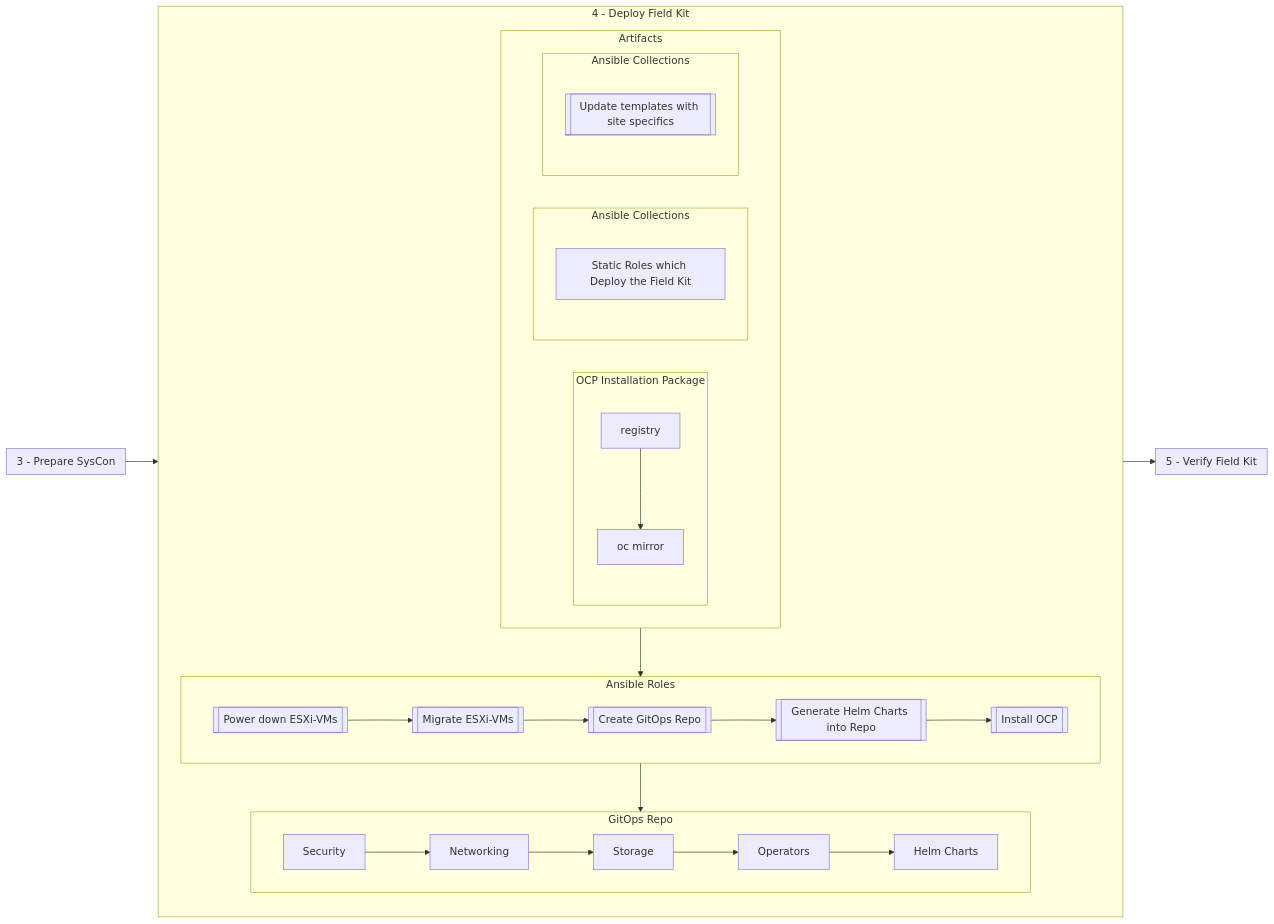
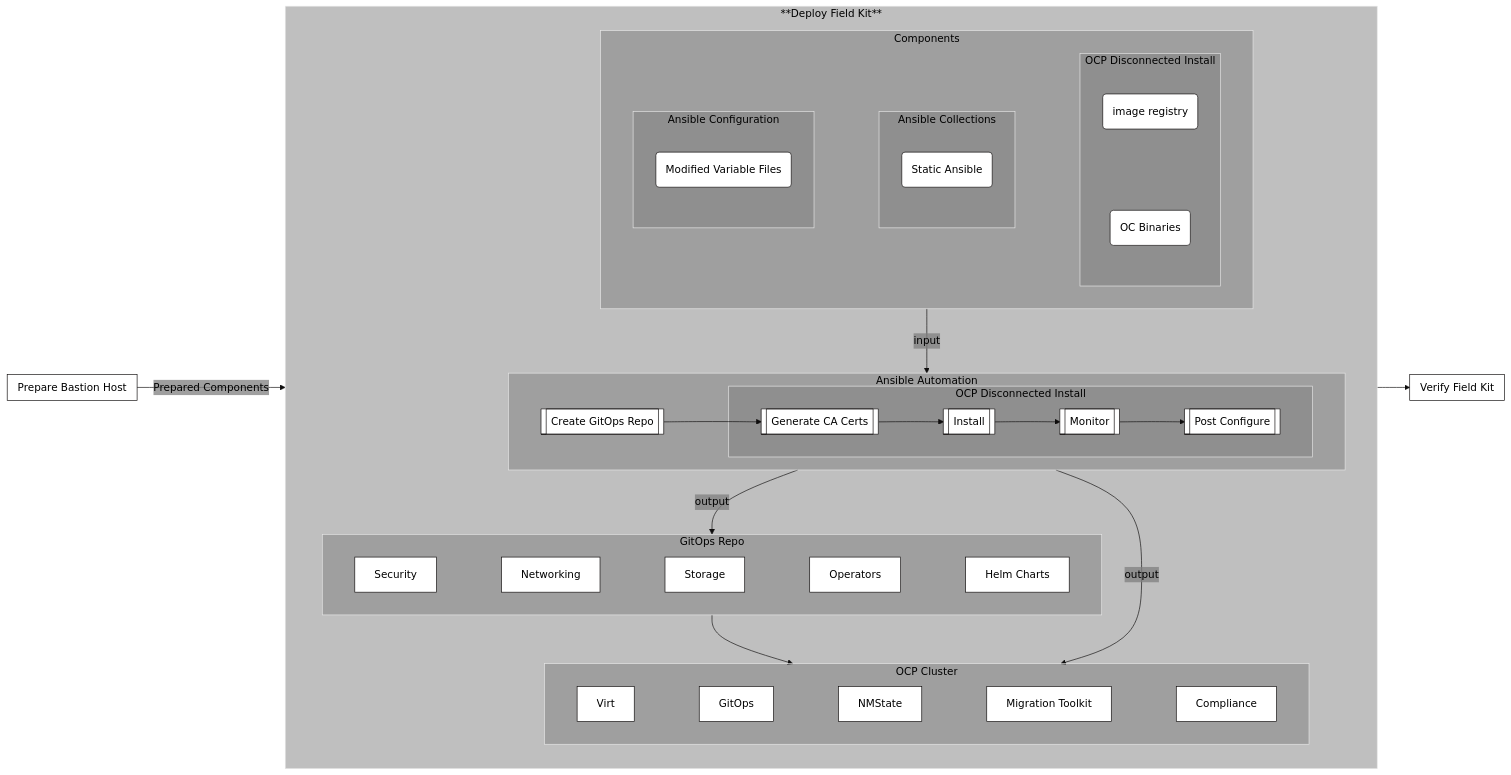
The diagram in workflow/diagram-4.md (ppremru/LaunchFieldKitAdoption), drawn with Mermaid before and after one commit. The commit also changed other lines of this file and 17 other files, not shown here.

Commit message:
Sweep of updates to diagrams (#36)

````diff
--- a/workflow/diagram-4.md
+++ b/workflow/diagram-4.md
@@ -3,40 +3,73 @@
 ```mermaid
+---
+config:
+  theme: 'base'
+  themeVariables:
+    primaryColor: '#FFFFFFFF'
+    primaryTextColor: '#000000'
+    primaryBorderColor: '#0c0909ff'
+    clusterBkg: '#80808080'
+    lineColor: '#0e0d0dff'
+    secondaryColor: '#80808080'
+---
 flowchart LR
-    subgraph 3[3 - Prepare SysCon]
+    subgraph 3[Prepare Bastion Host]
     end
-    subgraph 4[4 - Deploy Field Kit]
-        subgraph Artifacts[Artifacts]
-          subgraph OCP[OCP Installation Package]
-            OCP1[registry]
-            OCP2[oc mirror]
+    subgraph 4[**Deploy Field Kit**]
+        subgraph Artifacts[Components]
+          direction LR
+          subgraph OCP[OCP Disconnected Install]
+            direction TB
+            OCP1(image registry)
+            OCP2(OC Binaries)
+            OCP1 ~~~ OCP2
+          end
+          subgraph Config[Ansible Configuration]
+            direction TB
+            C1(Modified Variable Files)
           end
           subgraph Collections[Ansible Collections]
-            Collections1[Static Roles which Deploy the Field Kit]
+            direction TB
+            C2(Static Ansible)
           end
-          subgraph Config[Ansible Collections]
-            Config1[[Update templates with site specifics]]
-          end
+          Config ~~~ Collections ~~~ OCP
         end
-        subgraph Ansible[Ansible Roles]
-          Ansible1[[Power down ESXi-VMs]]
-          Ansible2[[Migrate ESXi-VMs]]
-          Ansible3[[Create GitOps Repo]]
-          Ansible4[[Generate Helm Charts into Repo]]
-          Ansible5[[Install OCP]]
+        subgraph Deploy[Ansible Automation]
+          direction LR
+          d0[[Create GitOps Repo]]
+
+          subgraph hello[OCP Disconnected Install]
+            d1[[Generate CA Certs]]
+            d2[[Install]]
+            d3[[Monitor]]
+            d4[[Post Configure]]
+          end 
+          d0 --> d1 --> d2 --> d3 --> d4
         end
         subgraph GitOps[GitOps Repo]
-          GitOps1[Security]
-          GitOps2[Networking]
-          GitOps3[Storage]
-          GitOps4[Operators]
-          GitOps5[Helm Charts]
+          direction LR
+          g1[Security]
+          g2[Networking]
+          g3[Storage]
+          g4[Operators]
+          g5[Helm Charts]
+          g1 ~~~ g2 ~~~ g3 ~~~ g4 ~~~ g5
+        end 
+        subgraph OCPCluster[OCP Cluster]
+          direction LR
+          o1[Virt]
+          o2[GitOps]
+          o3[NMState]
+          o4[Migration Toolkit]
+          o5[Compliance]
+          o1 ~~~ o2 ~~~ o3 ~~~ o4 ~~~ o5
         end
+        Artifacts -- input --> Deploy
+        GitOps --> OCPCluster
+        Deploy -- output --> GitOps
+        Deploy -- output --> OCPCluster
     end
-    subgraph 5[5 - Verify Field Kit]
+    subgraph 5[Verify Field Kit]
     end
-    Artifacts --> Ansible --> GitOps
-    Ansible1 --> Ansible2 --> Ansible3 --> Ansible4 --> Ansible5
-    GitOps1 --> GitOps2 --> GitOps3 --> GitOps4 --> GitOps5
-    OCP1 --> OCP2
-    3 --> 4 --> 5
+    3 -- Prepared Components --> 4 --> 5
 ```
````
